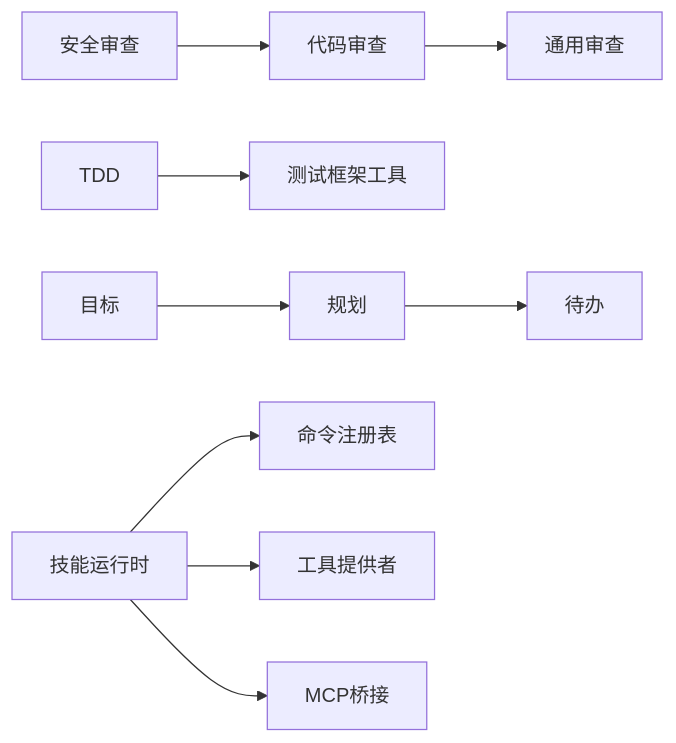
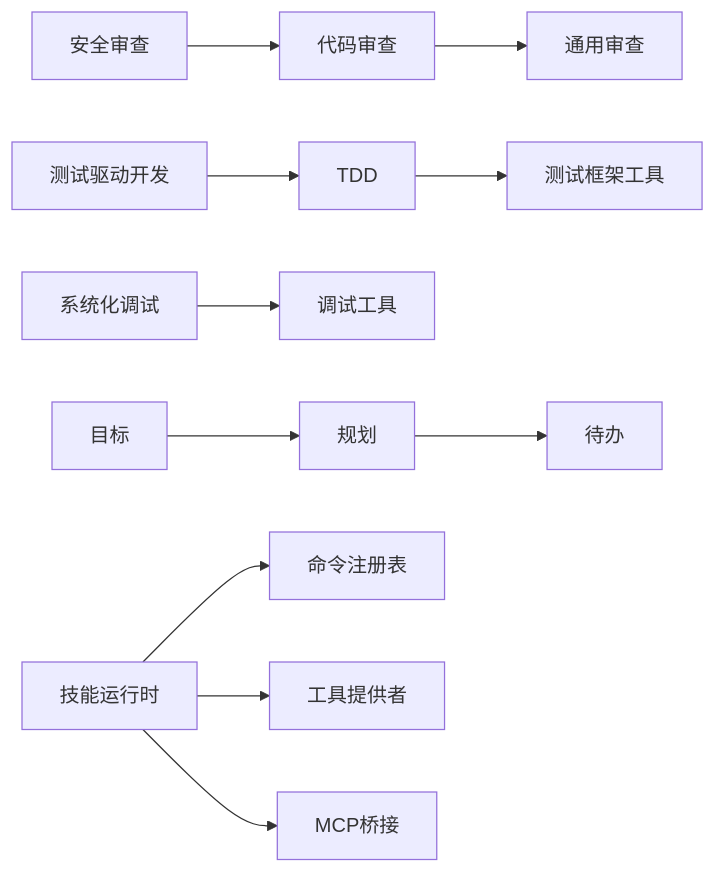
One commit to kkutysllb/KCoder changed the fourth of 4 diagrams in .qoder/repowiki/zh/content/技能系统/技能系统.md. Above: the diagram before and after it, drawn with Mermaid. The commit also changed other lines of this file and 10 other files, not shown here.

````diff
--- a/.qoder/repowiki/zh/content/技能系统/技能系统.md
+++ b/.qoder/repowiki/zh/content/技能系统/技能系统.md
@@ -433,11 +500,13 @@
 ```mermaid
 graph LR
 SR["代码审查"] --> CR["通用审查"]
 SEC["安全审查"] --> SR
 TDD["TDD"] --> REV["测试框架工具"]
+TDD2["测试驱动开发"] --> TDD
+SD["系统化调试"] --> DBG["调试工具"]
 PLAN["规划"] --> TODO["待办"]
 GOAL["目标"] --> PLAN
 RT["技能运行时"] --> REG["命令注册表"]
 RT --> TP["工具提供者"]
 RT --> MCP["MCP桥接"]
 ```
````
